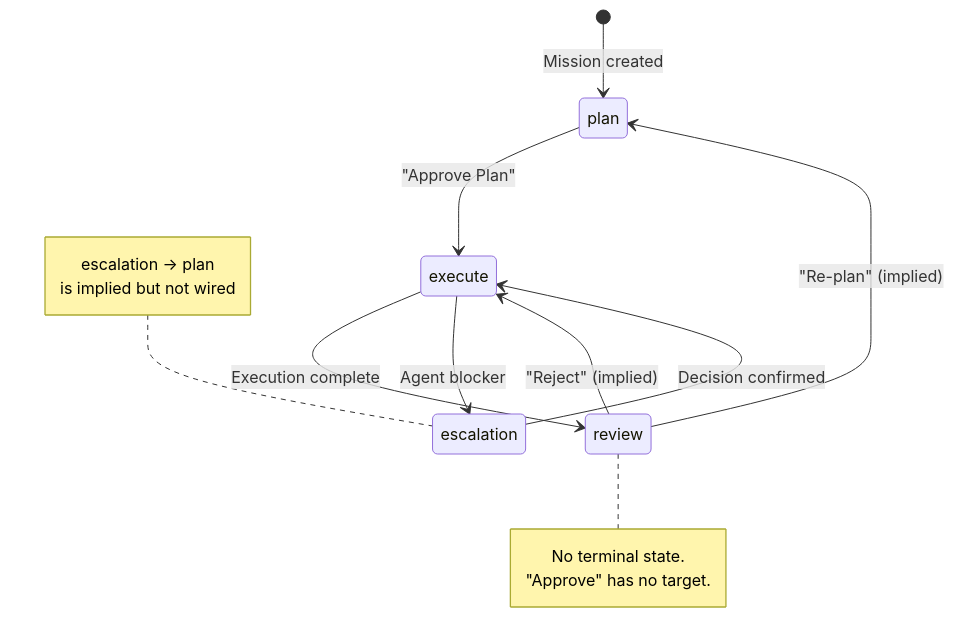
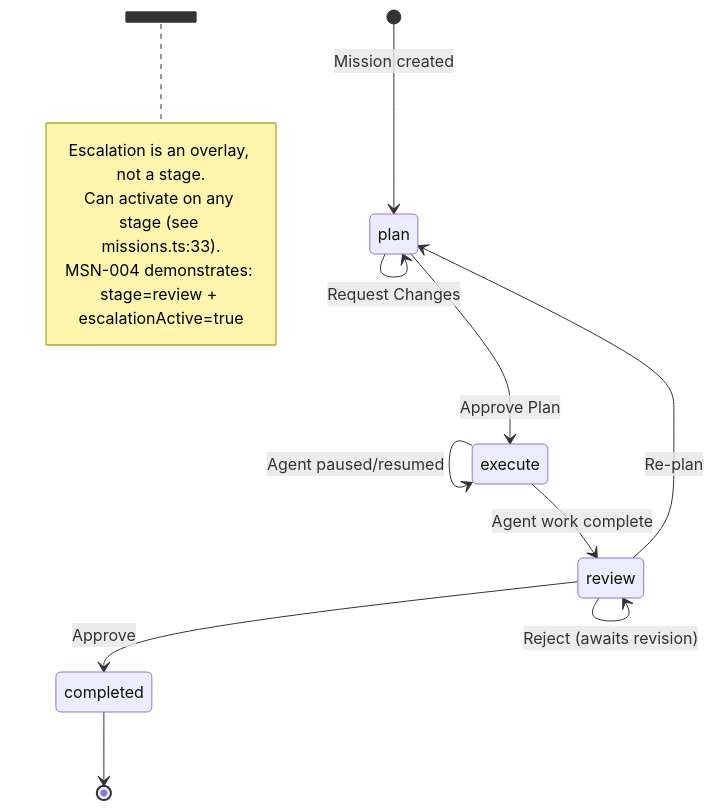
Before and after one commit to 45ck/mission-control-ui: the first of 9 diagrams in docs/hci/state-model.md, drawn with Mermaid. The commit also changed other lines of this file and 51 other files, not shown here.

````diff
--- a/docs/hci/state-model.md
+++ b/docs/hci/state-model.md
@@ -101,20 +15,23 @@
 ```mermaid
 stateDiagram-v2
     [*] --> plan : Mission created
-    plan --> execute : "Approve Plan"
-    execute --> review : Execution complete
-    execute --> escalation : Agent blocker
-    escalation --> execute : Decision confirmed
-    review --> plan : "Re-plan" (implied)
-    review --> execute : "Reject" (implied)
 
-    note right of review
-        No terminal state.
-        "Approve" has no target.
-    end note
+    plan --> execute : Approve Plan
+    plan --> plan : Request Changes
 
-    note left of escalation
-        escalation -> plan
-        is implied but not wired
+    execute --> review : Agent work complete
+    execute --> execute : Agent paused/resumed
+
+    review --> completed : Approve
+    review --> plan : Re-plan
+    review --> review : Reject (awaits revision)
+
+    completed --> [*]
+
+    state escalation_overlay <<fork>>
+    note right of escalation_overlay
+        Escalation is an overlay, not a stage.
+        Can activate on any stage (see missions.ts:33).
+        MSN-004 demonstrates: stage=review + escalationActive=true
     end note
 ```
````
